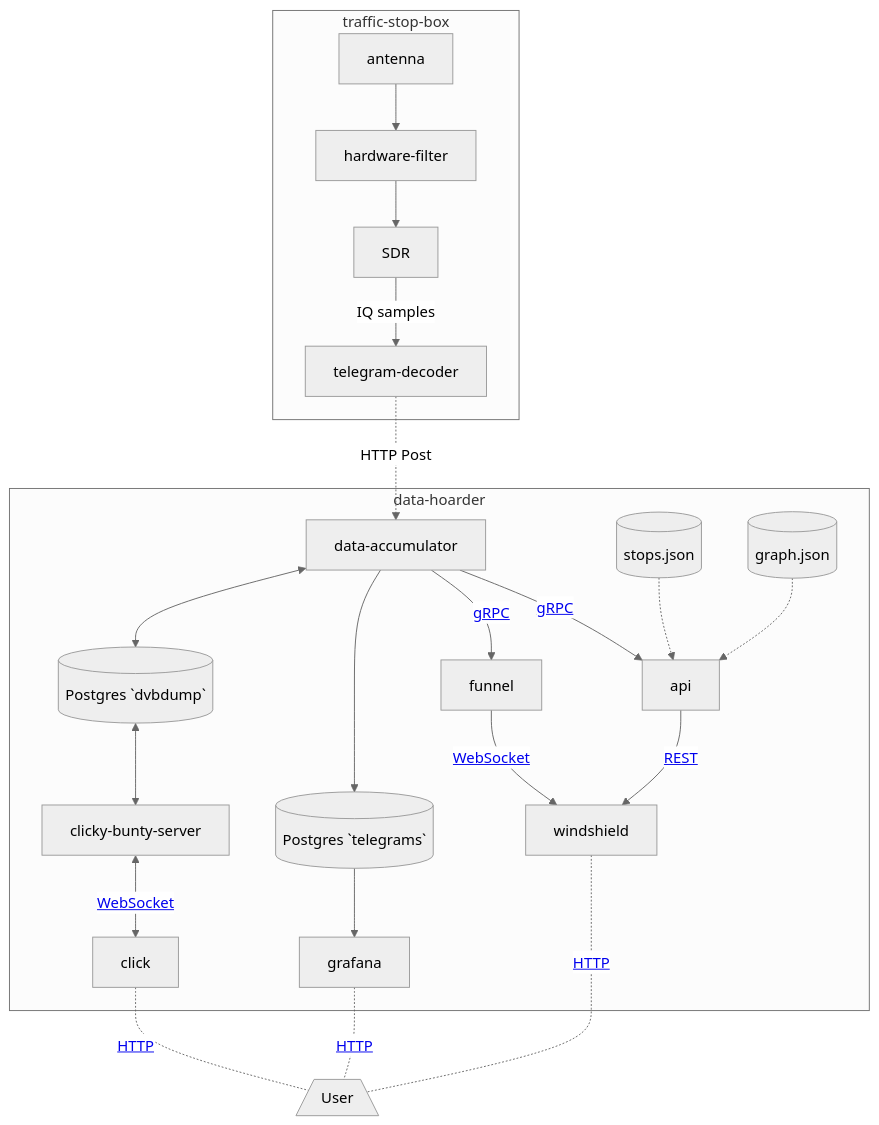
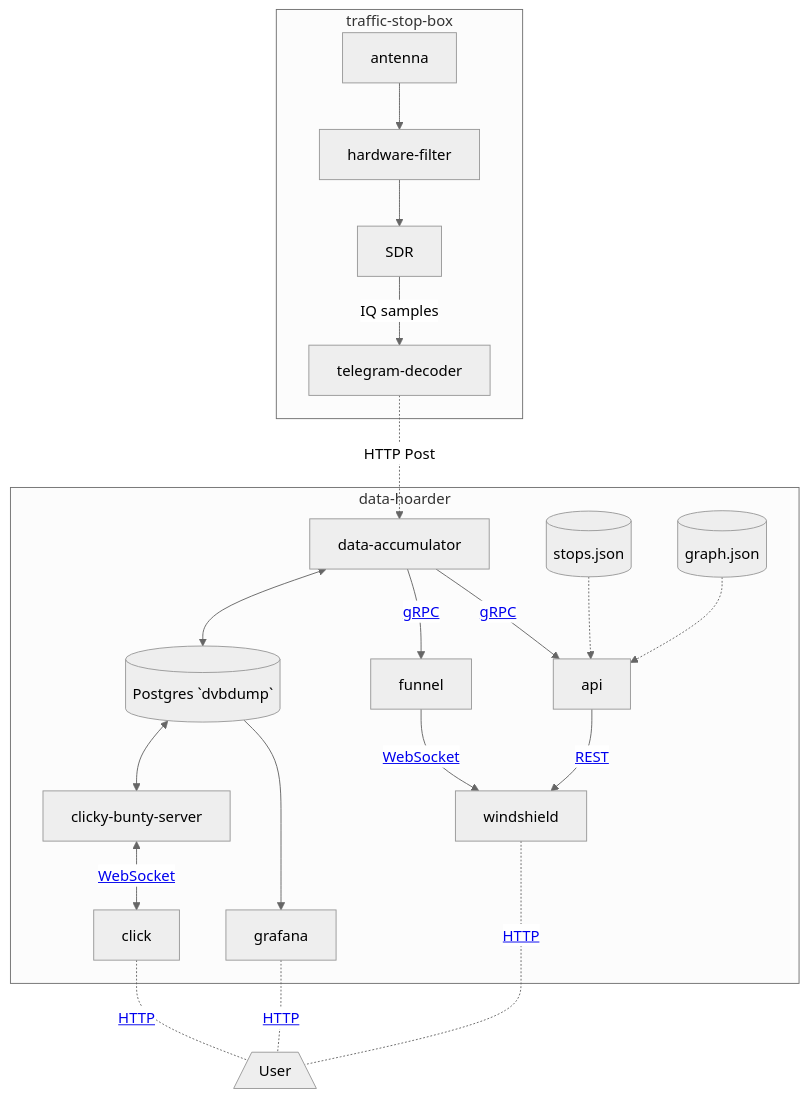
Before and after one commit to tlm-solutions/documentation: the diagram in src/chapter_5_services.md, drawn with Mermaid (neutral theme). The commit also changed 22 other files, not shown here.

````diff
--- a/src/chapter_5_services.md
+++ b/src/chapter_5_services.md
@@ -7,42 +7,40 @@
 ```mermaid
 flowchart TB
     subgraph traffic-stop-box
     antenna --> hardware-filter --> SDR --> |IQ samples| telegram-decoder
     end
 
     telegram-decoder -.->|HTTP Post| data-accumulator
 
     subgraph data-hoarder
     data-accumulator --> |<a href='https://github.com/dump-dvb/telegrams/blob/master/proto/telegram.proto'>gRPC</a>| dvb-api
 		dvb-api --> |<a href='chapter_2_1_api.html'>REST</a>|windshield
 		funnel --> |<a href='https://github.com/dump-dvb/telegrams/blob/master/src/models/r09.rs'>WebSocket</a>|windshield
     data-accumulator --> |<a href='https://github.com/dump-dvb/telegrams/blob/master/proto/telegram.proto'>gRPC</a>| funnel
-    data-accumulator --> postgres-telegrams
-    postgres-telegrams --> grafana
+    postgres-dvbdump --> grafana
     data-accumulator <--> postgres-dvbdump <--> clicky-bunty-server <-->|<a href='chapter_2_2_user_api.html'>WebSocket</a>| click[click]
 
 		stopsjson -.-> dvb-api
 		graphjson -.-> dvb-api
 
-    postgres-telegrams[(Postgres `telegrams`)]
     postgres-dvbdump[(Postgres `dvbdump`)]
     dvb-api[api]
 		graphjson[(graph.json)]
 		stopsjson[(stops.json)]
     end
 
 		user[/User\]
 		grafana <-.- |<a href='https://monitoring.dvb.solutions'>HTTP</a>|user
 		windshield <-.- |<a href='https://map.dvb.solutions'>HTTP</a>|user
 		click[click] <-.- |<a href='https://click.dvb.solutions'>HTTP</a>|user
 
     click hardware-filter "https://github.com/dump-dvb/bandpass-filter" _blank
     click telegram-decoder "https://github.com/dump-dvb/decode-server" _blank
     click data-accumulator "https://github.com/dump-dvb/data-accumulator" _blank
     click click "https://github.com/dump-dvb/click" _blank
     click clicky-bunty-server "https://github.com/dump-dvb/clicky-bunty-server" _blank
     click funnel "https://github.com/dump-dvb/funnel" _blank
     click windshield "https://github.com/dump-dvb/windshield" _blank
     click dvb-api "https://github.com/dump-dvb/dvb-api" _blank
 
 ```
````
